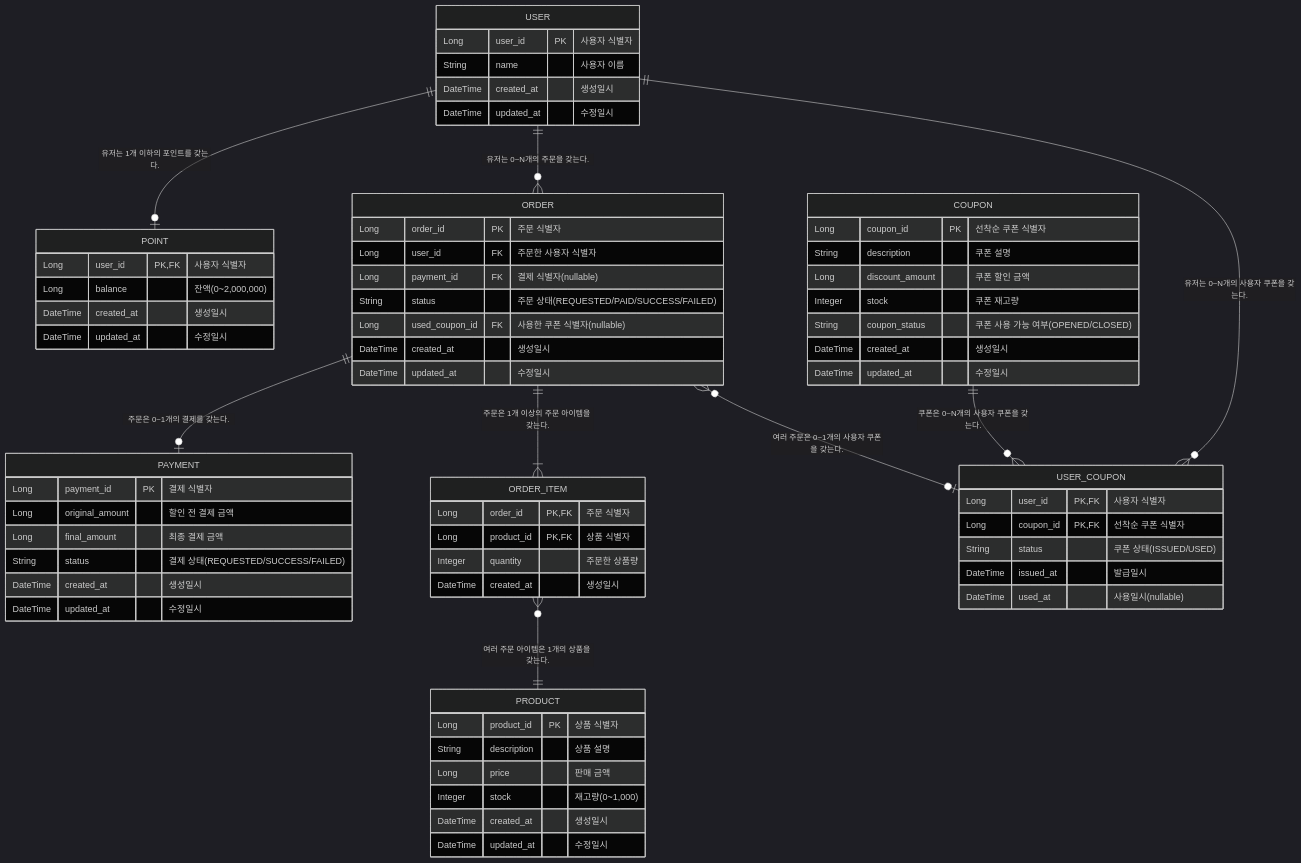
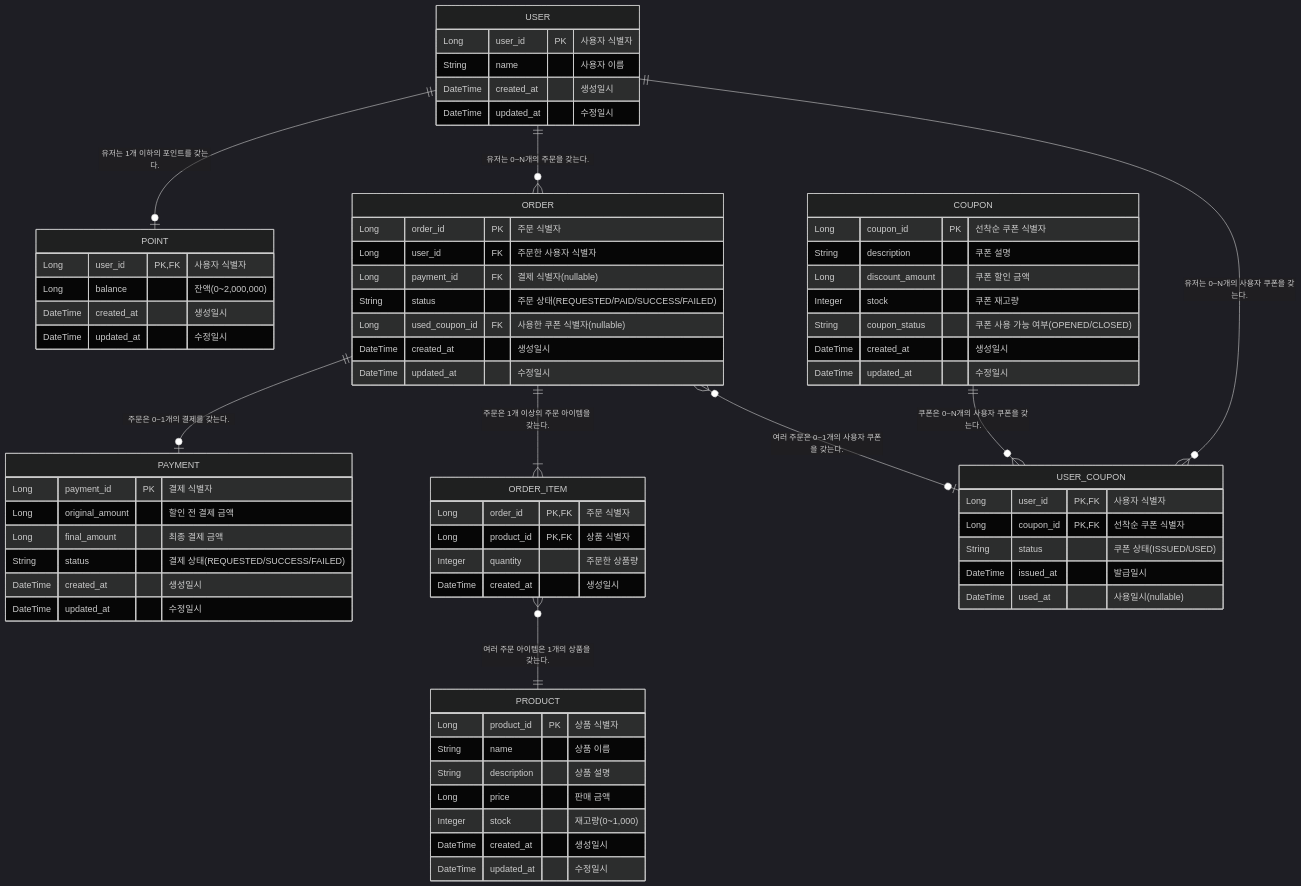
The diagram in docs/ERD.md (lostcatbox/e-commerce-order-service), drawn with Mermaid (dark theme) before and after one commit.

Commit message:
[docs] ERD.md 파일 수정 (Product 객체의 name 추가)

```diff
--- a/docs/ERD.md
+++ b/docs/ERD.md
@@ -17,6 +17,7 @@
 
     PRODUCT {
         Long product_id PK "상품 식별자"
+        String name "상품 이름"
         String description "상품 설명"
         Long price "판매 금액"
         Integer stock "재고량(0~1,000)"
```
